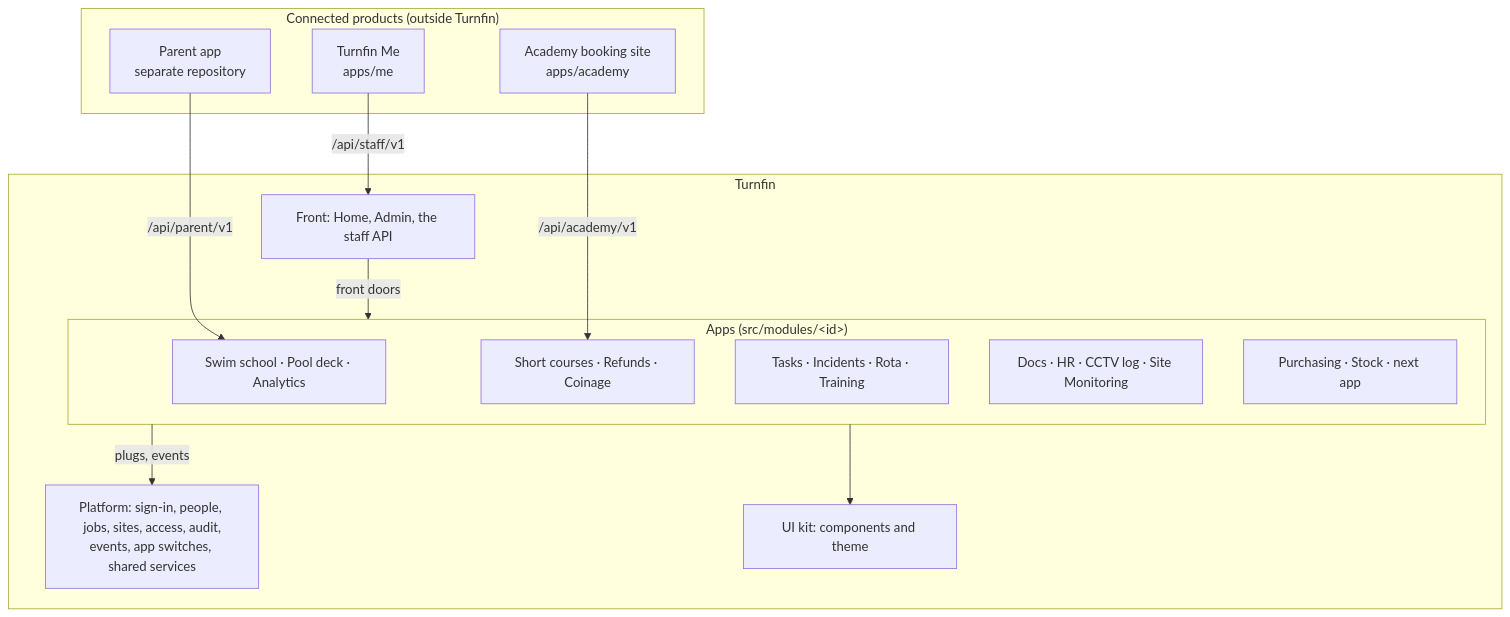
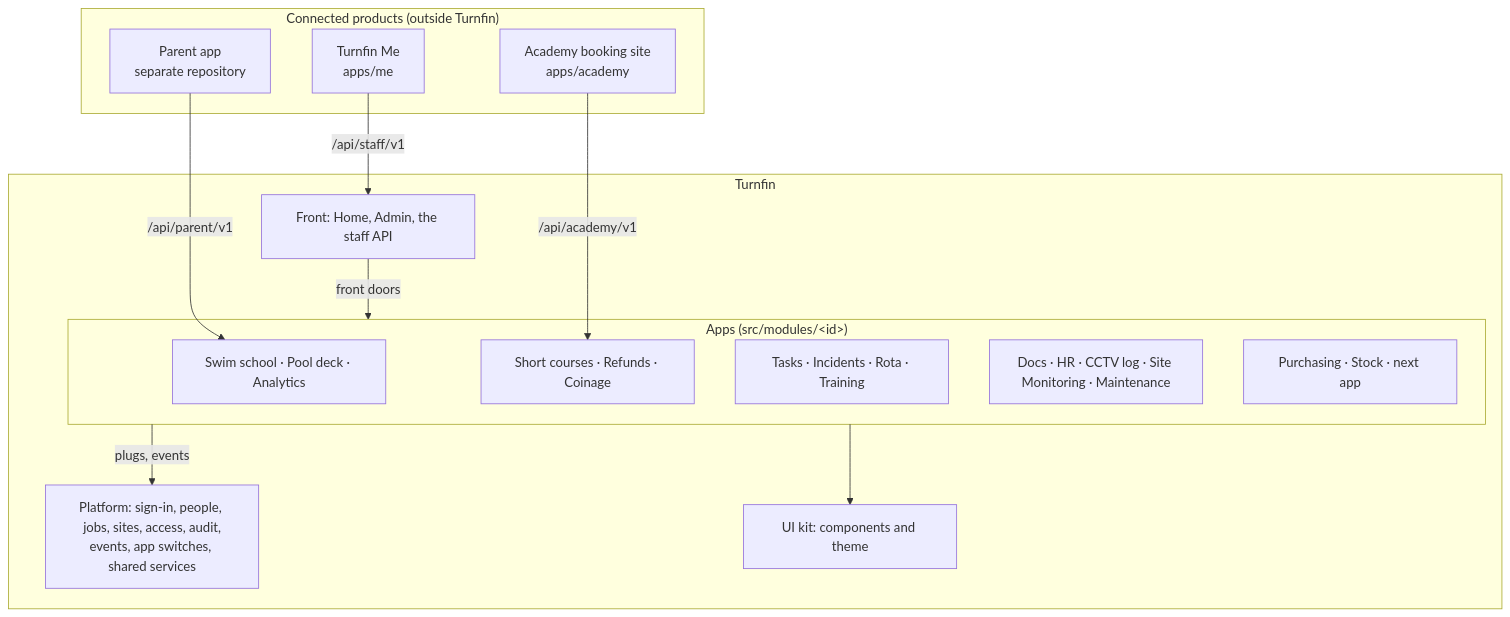
Before and after one commit to Nandui/Swimly: the diagram in docs/architecture.md, drawn with Mermaid. The commit also changed other lines of this file and 3 other files, not shown here.

````diff
--- a/docs/architecture.md
+++ b/docs/architecture.md
@@ -13,26 +13,26 @@
 ```mermaid
 flowchart TB
   subgraph Connected["Connected products (outside Turnfin)"]
     me["Turnfin Me<br/>apps/me"]
     parent["Parent app<br/>separate repository"]
     academy["Academy booking site<br/>apps/academy"]
   end
   subgraph Turnfin
     front["Front: Home, Admin, the staff API"]
     subgraph Apps["Apps (src/modules/&lt;id&gt;)"]
       a1["Swim school · Pool deck · Analytics"]
       a2["Short courses · Refunds · Coinage"]
       a3["Tasks · Incidents · Rota · Training"]
-      a4["Docs · HR · CCTV log · Site Monitoring"]
+      a4["Docs · HR · CCTV log · Site Monitoring · Maintenance"]
       a5["Purchasing · Stock · next app"]
     end
     platform["Platform: sign-in, people, jobs, sites, access, audit,<br/>events, app switches, shared services"]
     kit["UI kit: components and theme"]
   end
   me -->|/api/staff/v1| front
   parent -->|/api/parent/v1| a1
   academy -->|/api/academy/v1| a2
   front -->|front doors| Apps
   Apps -->|plugs, events| platform
   Apps --> kit
 ```
````
